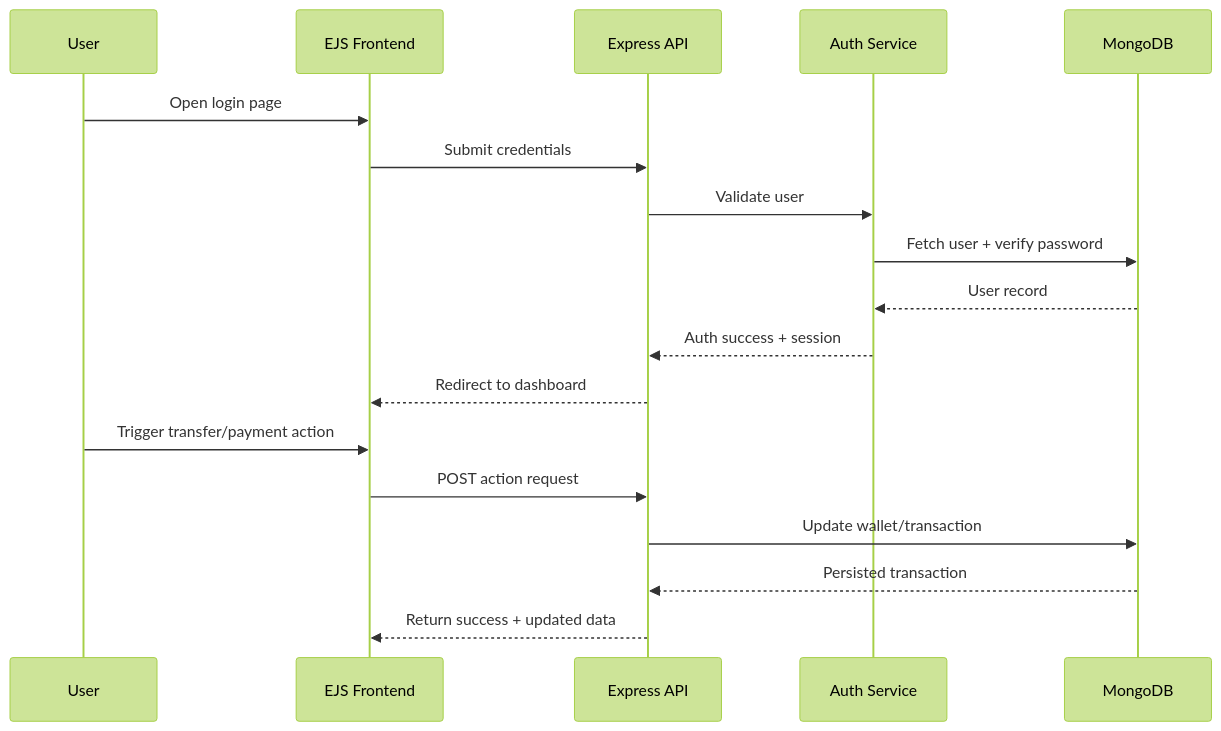
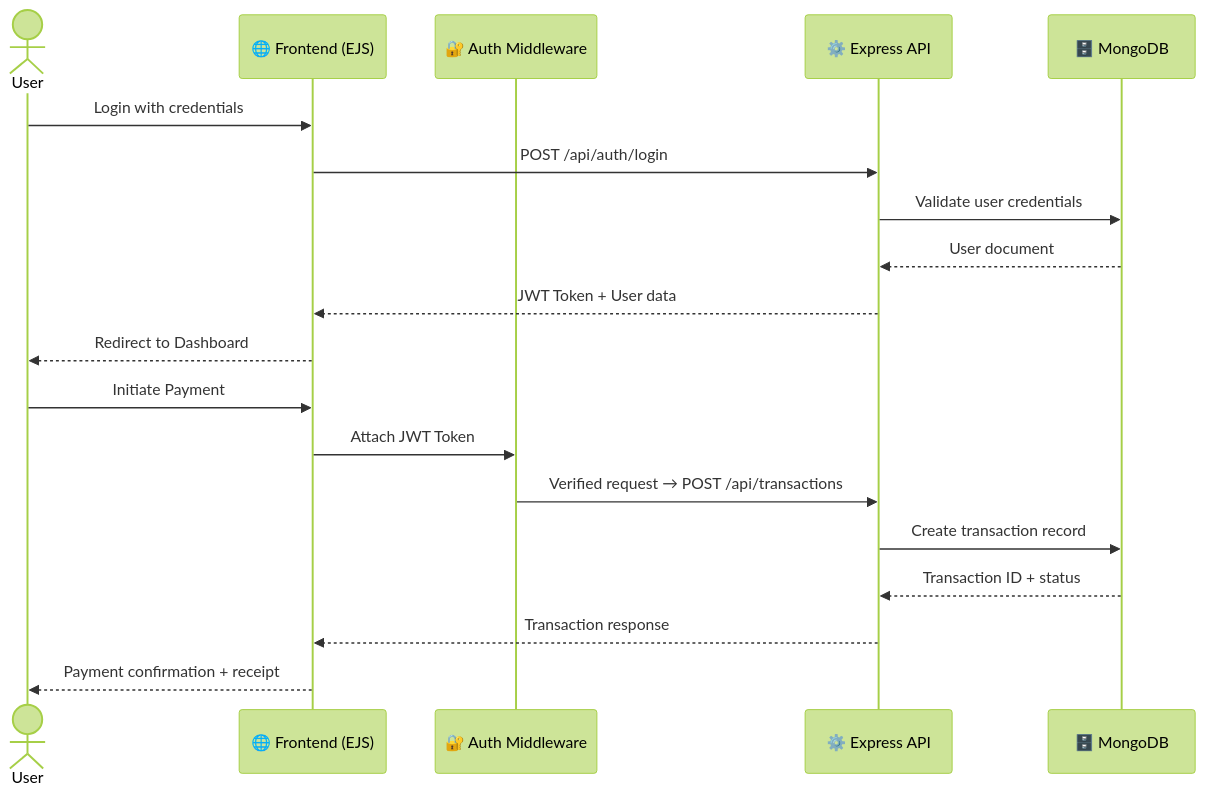
Before and after one commit to lucifers-0666/ZenoPay-V1: the second of 4 diagrams in README.md, drawn with Mermaid (forest theme). The commit also changed other lines of this file, not shown here.

````diff
--- a/README.md
+++ b/README.md
@@ -147,21 +166,23 @@
 ```mermaid
 sequenceDiagram
-    participant U as User
-    participant V as EJS Frontend
-    participant A as Express API
-    participant S as Auth Service
-    participant DB as MongoDB
+    actor User
+    participant Frontend as 🌐 Frontend (EJS)
+    participant Auth as 🔐 Auth Middleware
+    participant API as ⚙️ Express API
+    participant DB as 🗄️ MongoDB
 
-    U->>V: Open login page
-    V->>A: Submit credentials
-    A->>S: Validate user
-    S->>DB: Fetch user + verify password
-    DB-->>S: User record
-    S-->>A: Auth success + session
-    A-->>V: Redirect to dashboard
-    U->>V: Trigger transfer/payment action
-    V->>A: POST action request
-    A->>DB: Update wallet/transaction
-    DB-->>A: Persisted transaction
-    A-->>V: Return success + updated data
+    User->>Frontend: Login with credentials
+    Frontend->>API: POST /api/auth/login
+    API->>DB: Validate user credentials
+    DB-->>API: User document
+    API-->>Frontend: JWT Token + User data
+    Frontend-->>User: Redirect to Dashboard
+
+    User->>Frontend: Initiate Payment
+    Frontend->>Auth: Attach JWT Token
+    Auth->>API: Verified request → POST /api/transactions
+    API->>DB: Create transaction record
+    DB-->>API: Transaction ID + status
+    API-->>Frontend: Transaction response
+    Frontend-->>User: Payment confirmation + receipt
 ```
````
